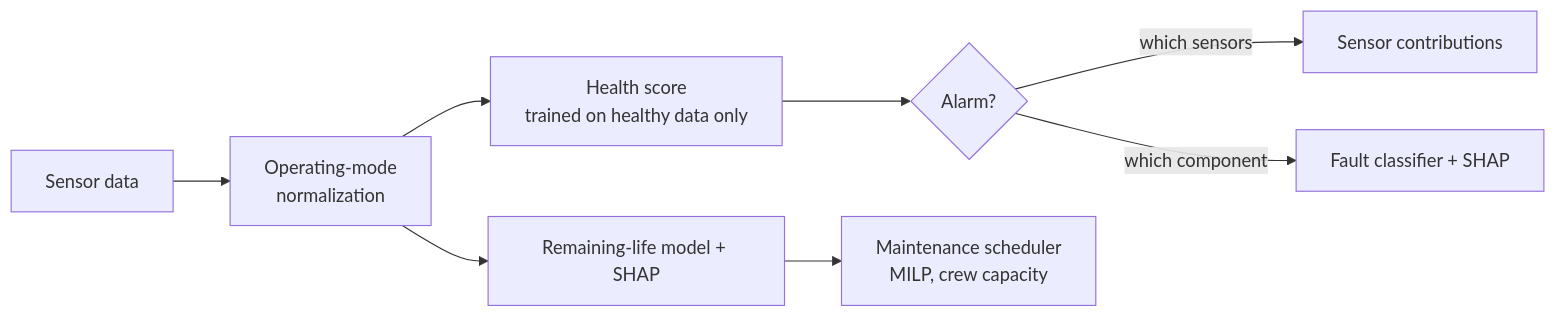
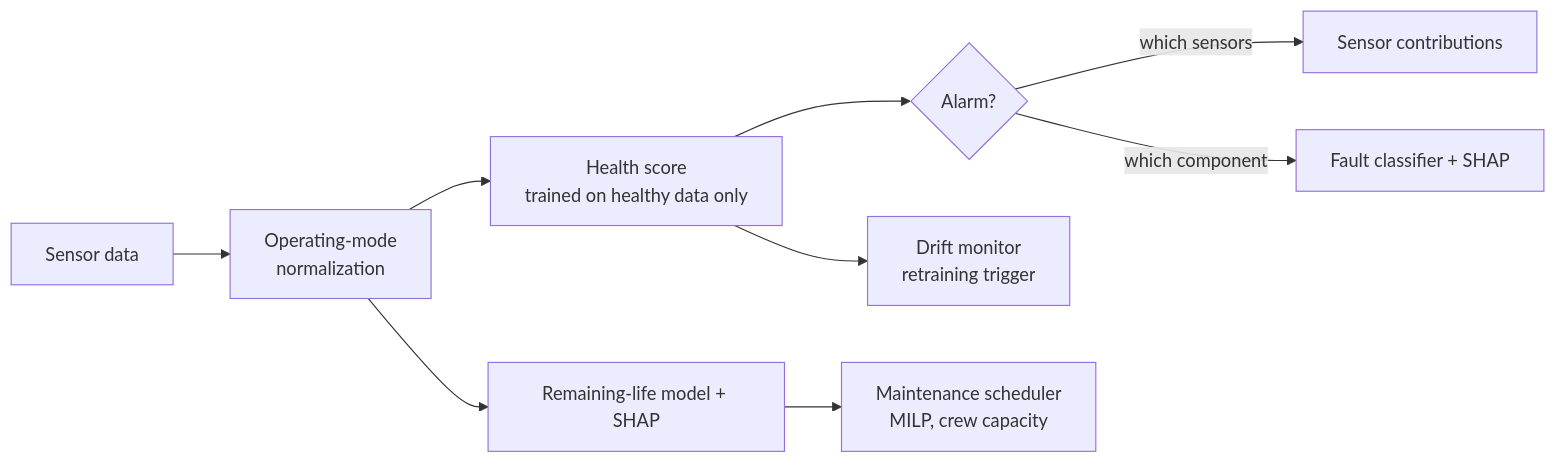
One commit to MirasAnalyst/faultwatch changed the diagram in README.md. Above: the diagram before and after it, drawn with Mermaid. The commit also changed other lines of this file and 9 other files, not shown here.

First line of the commit message:
Add wind turbine SCADA asset (CARE Wind Farm A), timeline dashboard view, README for all five assets

````diff
--- a/README.md
+++ b/README.md
@@ -13,10 +15,11 @@
 ```mermaid
 flowchart LR
     A[Sensor data] --> B[Operating-mode<br/>normalization]
     B --> C[Health score<br/>trained on healthy data only]
     C --> D{Alarm?}
     D -->|which sensors| E[Sensor contributions]
     D -->|which component| F[Fault classifier + SHAP]
     B --> G[Remaining-life model + SHAP]
     G --> H[Maintenance scheduler<br/>MILP, crew capacity]
+    C --> I[Drift monitor<br/>retraining trigger]
 ```
````
